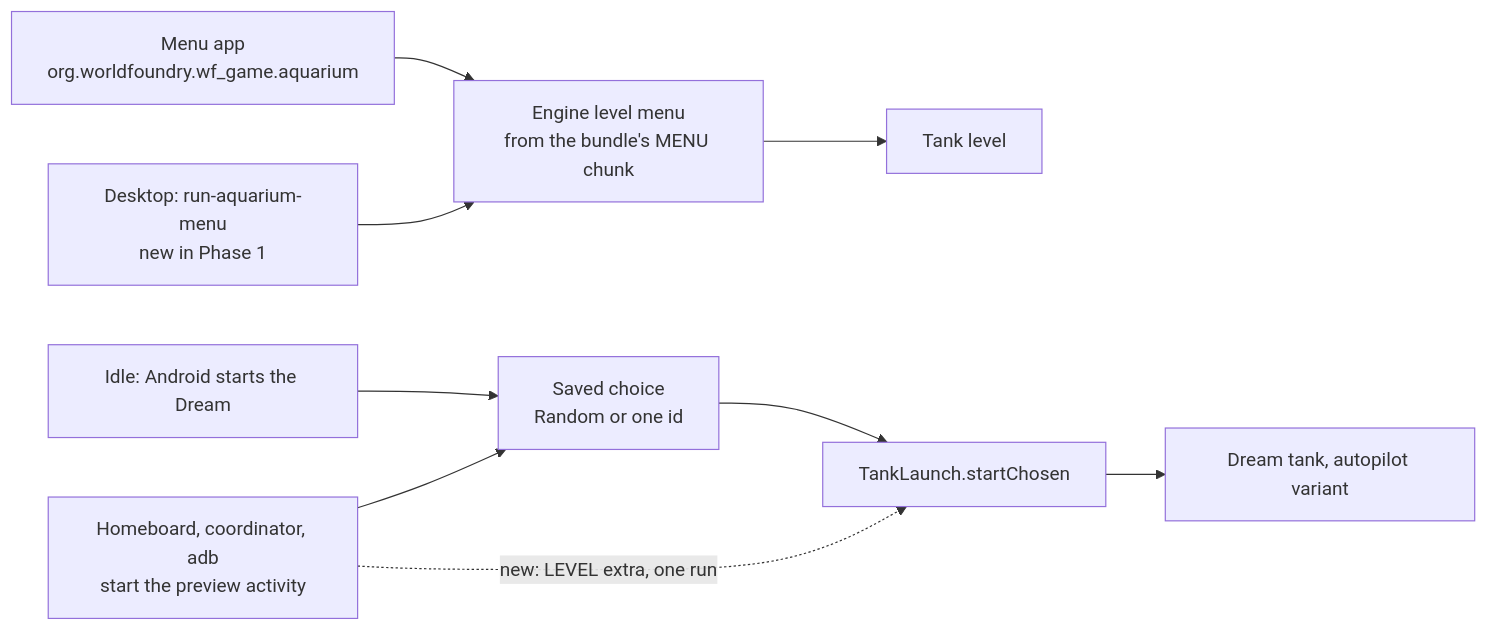
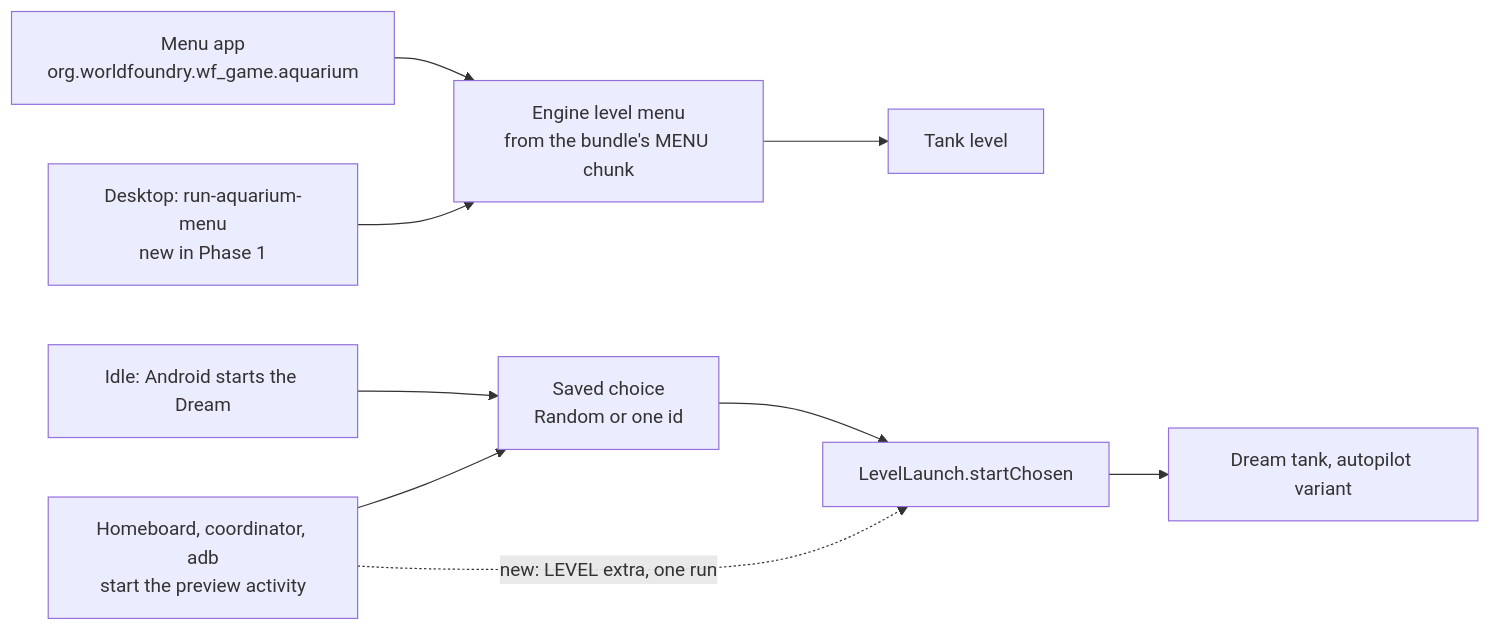
Before and after one commit to wbniv/WorldFoundry: the first of 4 diagrams in docs/plans/2026-11-21-aquarium-menu-and-screensaver-launch.md, drawn with Mermaid. The commit also changed other lines of this file and 2 other files, not shown here.

First line of the commit message:
Aquarium launch plan: D1-D5 accepted; generic LevelCatalog and LEVEL extra across Aquarium, 3D Clocks and single-level packages

````diff
--- a/docs/plans/2026-11-21-aquarium-menu-and-screensaver-launch.md
+++ b/docs/plans/2026-11-21-aquarium-menu-and-screensaver-launch.md
@@ -79,11 +79,11 @@
 ```mermaid
 flowchart LR
     M[Menu app<br/>org.worldfoundry.wf_game.aquarium] --> S[Engine level menu<br/>from the bundle's MENU chunk]
     S --> L[Tank level]
     D[Idle: Android starts the Dream] --> P[Saved choice<br/>Random or one id]
     H[Homeboard, coordinator, adb<br/>start the preview activity] --> P
-    P --> C[TankLaunch.startChosen]
+    P --> C[LevelLaunch.startChosen]
     H -.->|new: LEVEL extra, one run| C
     C --> L2[Dream tank, autopilot variant]
     X[Desktop: run-aquarium-menu<br/>new in Phase 1] --> S
 ```
````
